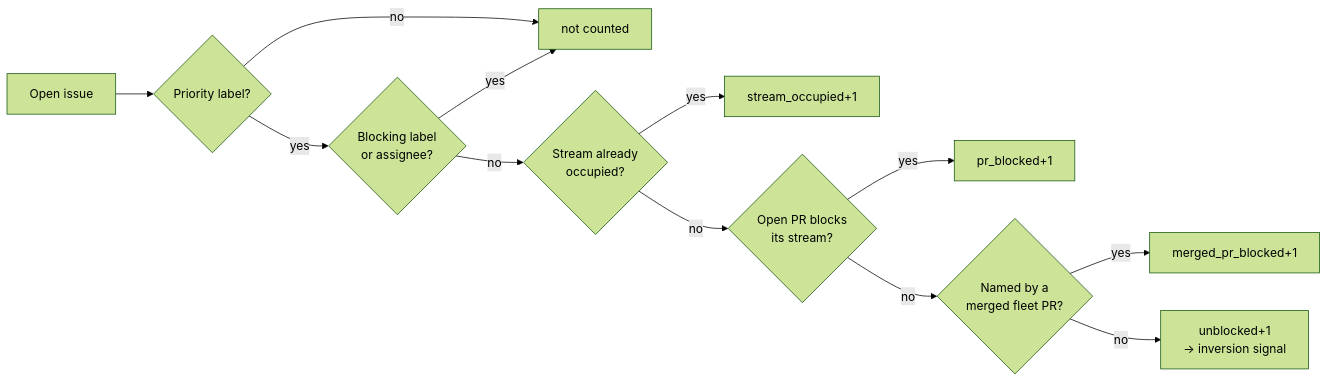
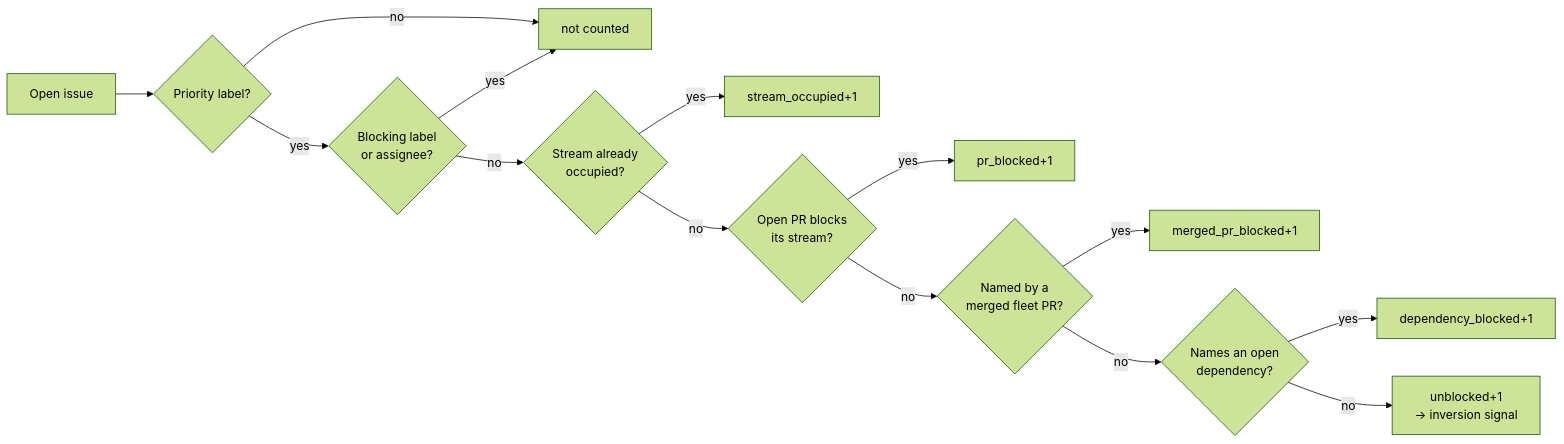
One commit to stSoftwareAU/VibeCoder changed the third of 15 diagrams in docs/IDLE-TASK-FRAMEWORK.md. Above: the diagram before and after it, drawn with Mermaid (forest theme). The commit also changed other lines of this file and 12 other files, not shown here.

````diff
--- a/docs/IDLE-TASK-FRAMEWORK.md
+++ b/docs/IDLE-TASK-FRAMEWORK.md
@@ -502,14 +502,16 @@
 ```mermaid
 flowchart LR
     I[Open issue] --> L{Priority label?}
     L -- no --> X[not counted]
     L -- yes --> B{Blocking label<br/>or assignee?}
     B -- yes --> X
     B -- no --> S{Stream already<br/>occupied?}
     S -- yes --> SO["stream_occupied+1"]
     S -- no --> P{Open PR blocks<br/>its stream?}
     P -- yes --> PB["pr_blocked+1"]
     P -- no --> M{Named by a<br/>merged fleet PR?}
     M -- yes --> MB["merged_pr_blocked+1"]
-    M -- no --> U["unblocked+1<br/>→ inversion signal"]
+    M -- no --> D{Names an open<br/>dependency?}
+    D -- yes --> DB["dependency_blocked+1"]
+    D -- no --> U["unblocked+1<br/>→ inversion signal"]
 ```
````
